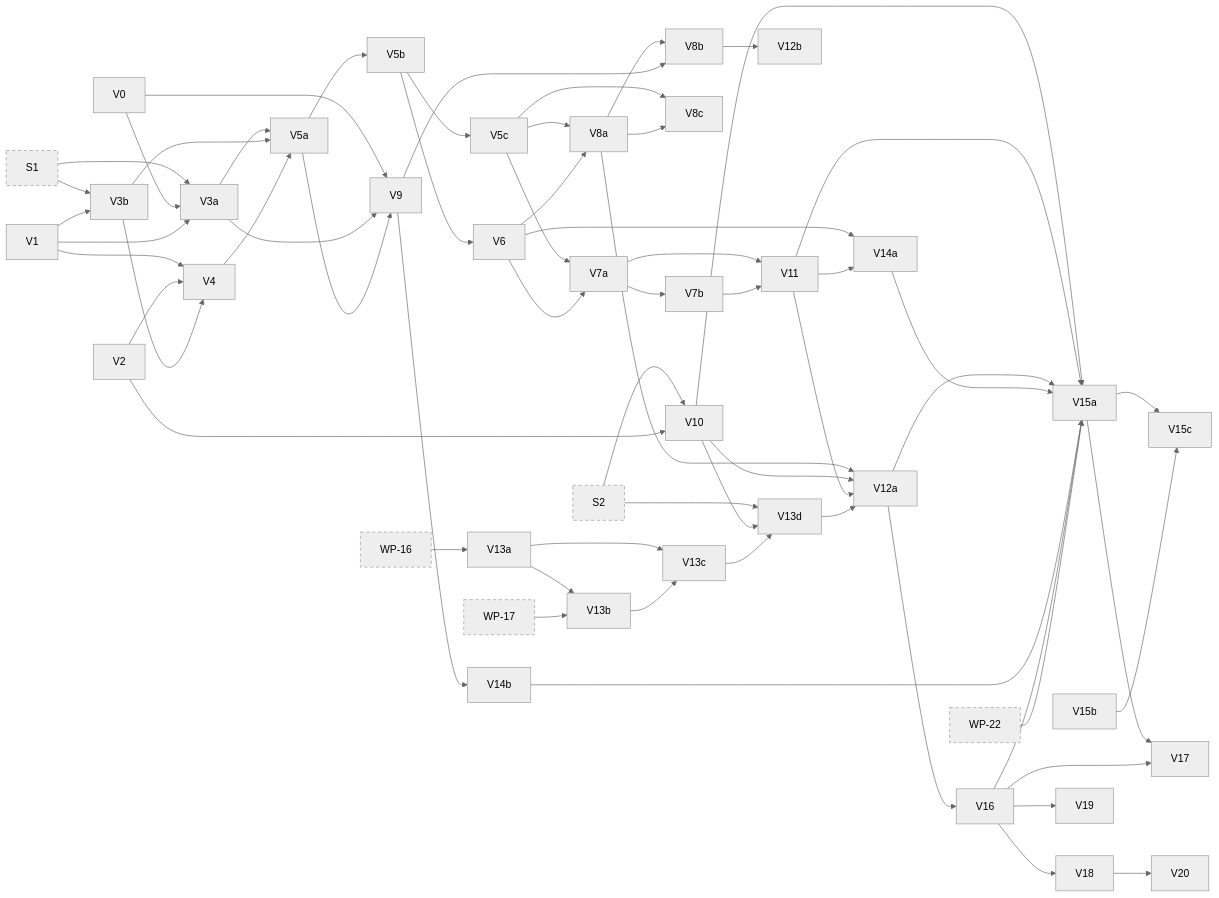
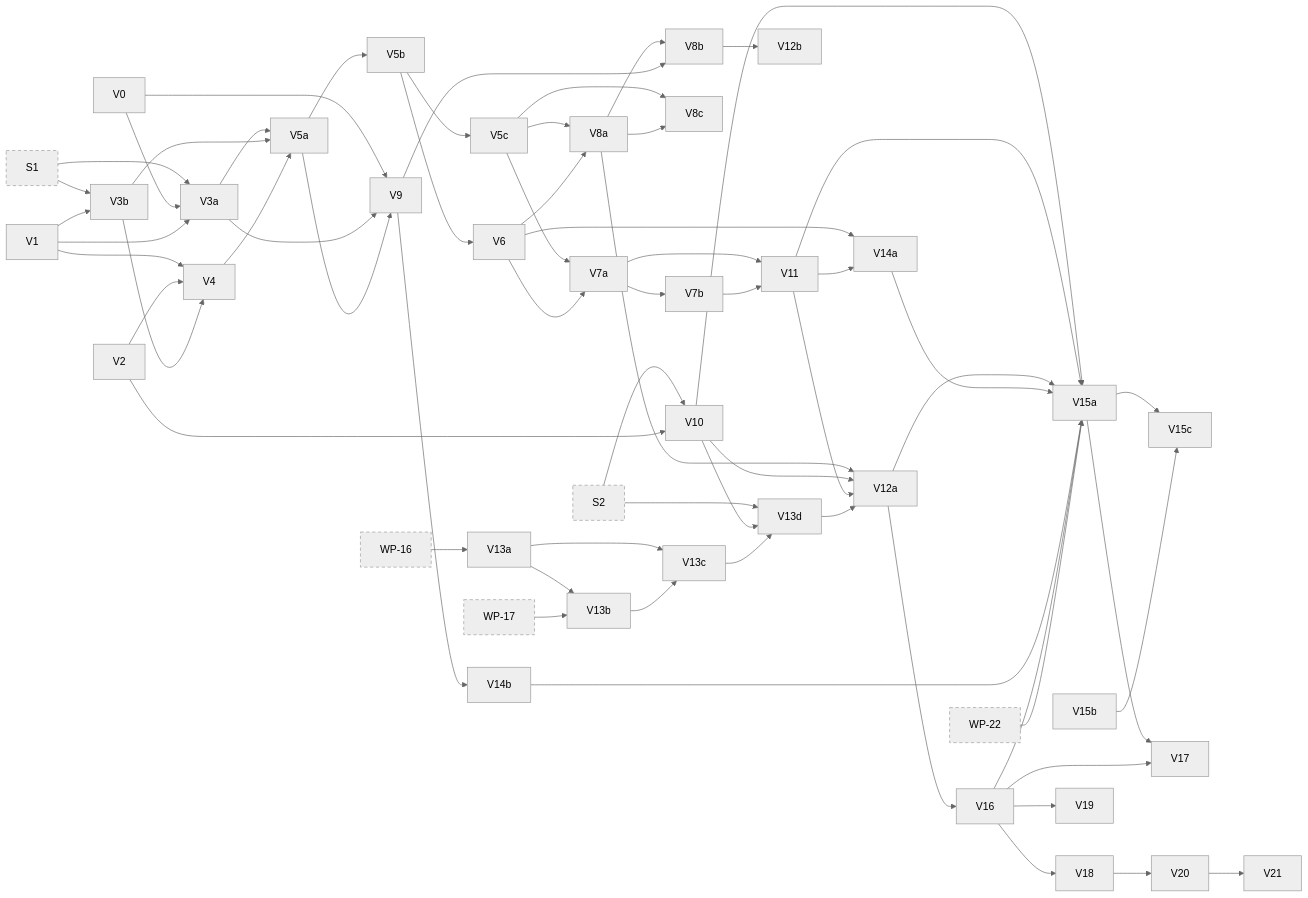
The fourth of 11 diagrams in docs/superpowers/plans/2026-10-13-phase-2/dependencies.md (jhoblitt/rgw-go), drawn with Mermaid (neutral theme) before and after one commit. The commit also changed other lines of this file and 2 other files, not shown here.

Commit message:
docs(plan): add task V21 from V20's review
rgw-go's applyOLHLog drops a logged removal only for the null version
when a later null link follows; a named version is removed though a
later LINK_OLH of the same log names it, as radosgw's apply_olh_log
removes every logged removal before its head op at v19.2.7 and v20.2.4.
No S3 request reaches it in rgw-go today, since its writes discard the
request's versionId.

V21 keeps such a version, records the difference, and traces the
lifecycle transition against a concurrent delete. It depends on V20.

```diff
--- a/docs/superpowers/plans/2026-10-13-phase-2/dependencies.md
+++ b/docs/superpowers/plans/2026-10-13-phase-2/dependencies.md
@@ -249,6 +249,7 @@
   t_V18["V18"]
   t_V19["V19"]
   t_V20["V20"]
+  t_V21["V21"]
   t_S1["S1"]:::ext
   t_S2["S2"]:::ext
   t_WP_16["WP-16"]:::ext
@@ -315,6 +316,7 @@
   t_V16 --> t_V18
   t_V16 --> t_V19
   t_V18 --> t_V20
+  t_V20 --> t_V21
   click t_V0 href "https://github.com/jhoblitt/rgw-go/blob/main/docs/superpowers/plans/2026-10-13-phase-2/V-versioning.md#task-v0-a-failed-class-call-keeps-its-output" "V0: a failed class call keeps its output"
   click t_V1 href "https://github.com/jhoblitt/rgw-go/blob/main/docs/superpowers/plans/2026-10-13-phase-2/V-versioning.md#task-v1-clsrgw-olh-methods-bi_get-and-the-index-key-encoders" "V1: cls/rgw OLH methods, `bi_get` and the index key encoders"
   click t_V2 href "https://github.com/jhoblitt/rgw-go/blob/main/docs/superpowers/plans/2026-10-13-phase-2/V-versioning.md#task-v2-meta-olh-head-types-and-bucket-helpers" "V2: meta OLH head types and bucket helpers"
@@ -349,6 +351,7 @@
   click t_V18 href "https://github.com/jhoblitt/rgw-go/blob/main/docs/superpowers/plans/2026-10-13-phase-2/V-versioning.md#task-v18-a-versioned-write-whose-version-is-deleted-before-it-links-succeeds" "V18: a versioned write whose version is deleted before it links succeeds"
   click t_V19 href "https://github.com/jhoblitt/rgw-go/blob/main/docs/superpowers/plans/2026-10-13-phase-2/V-versioning.md#task-v19-another-requests-replay-keeps-a-versioned-deletes-object-lock-guard" "V19: another request's replay keeps a versioned delete's object-lock guard"
   click t_V20 href "https://github.com/jhoblitt/rgw-go/blob/main/docs/superpowers/plans/2026-10-13-phase-2/V-versioning.md#task-v20-a-key-left-with-an-olh-entry-pending-removal-stays-listable" "V20: a key left with an OLH entry pending removal stays listable"
+  click t_V21 href "https://github.com/jhoblitt/rgw-go/blob/main/docs/superpowers/plans/2026-10-13-phase-2/V-versioning.md#task-v21-a-replay-keeps-a-version-a-later-link-of-the-same-log-names" "V21: a replay keeps a version a later link of the same log names"
   click t_S1 href "https://github.com/jhoblitt/rgw-go/blob/main/docs/superpowers/plans/2026-10-13-phase-2/00-index.md#task-s1-fakeradoss-rgw-class-as-method-tables" "S1: fakerados's rgw class as method tables"
   click t_S2 href "https://github.com/jhoblitt/rgw-go/blob/main/docs/superpowers/plans/2026-10-13-phase-2/00-index.md#task-s2-route-sets-per-feature-and-the-env-slots" "S2: route sets per feature and the Env slots"
   click t_WP_16 href "https://github.com/jhoblitt/rgw-go/blob/main/docs/superpowers/plans/2026-10-13-phase-2/WP-write-path.md#task-wp-16-the-otp-class-client" "WP-16: the otp class client"
```
